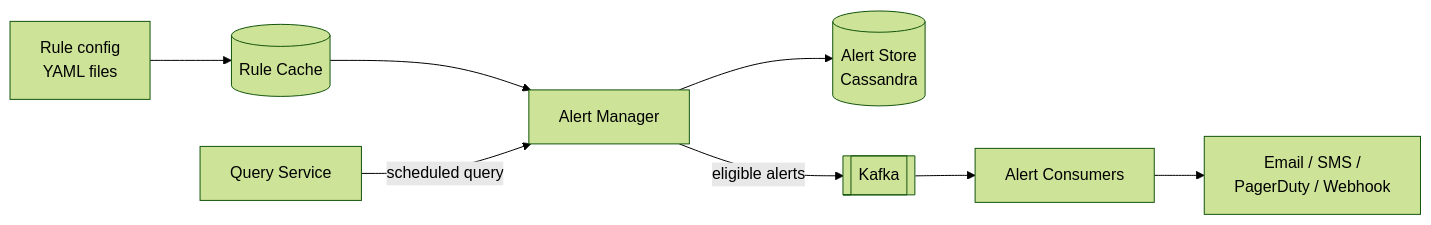
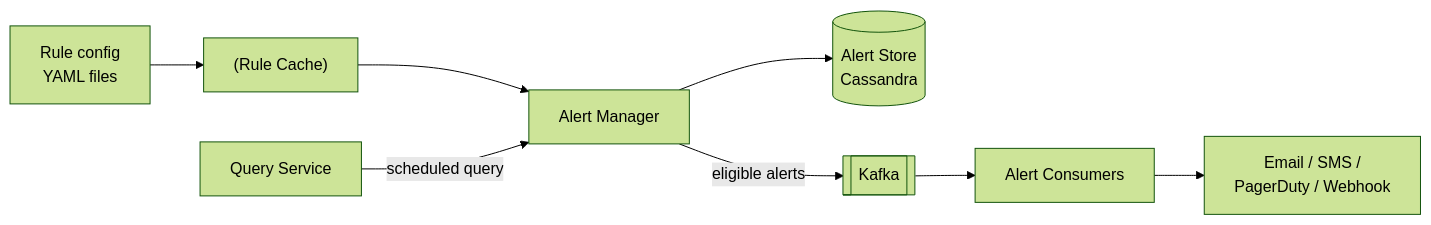
The fifth of 5 diagrams in files/System-Design-Questions/23-metrics_monitoring_alerting_system_design.md (pankajThakur1874/studysheet), drawn with Mermaid (forest theme) before and after one commit. The commit also changed other lines of this file and 102 other files, not shown here.

Commit message:
Auto-fix Mermaid diagram syntax across all study guides to prevent Syntax Error in Mermaid v10

````diff
--- a/files/System-Design-Questions/23-metrics_monitoring_alerting_system_design.md
+++ b/files/System-Design-Questions/23-metrics_monitoring_alerting_system_design.md
@@ -298,10 +298,10 @@
 ```mermaid
 flowchart LR
-    RC[Rule config<br/>YAML files] --> Cache[(Rule Cache)]
+    RC["Rule config<br/>YAML files"] --> Cache["(Rule Cache)"]
     Cache --> AM[Alert Manager]
     QS[Query Service] -->|scheduled query| AM
-    AM --> AS[(Alert Store<br/>Cassandra)]
+    AM --> AS[("Alert Store<br/>Cassandra")]
     AM -->|eligible alerts| K[[Kafka]]
     K --> AC[Alert Consumers]
-    AC --> CH[Email / SMS /<br/>PagerDuty / Webhook]
+    AC --> CH["Email / SMS /<br/>PagerDuty / Webhook"]
 ```
````
